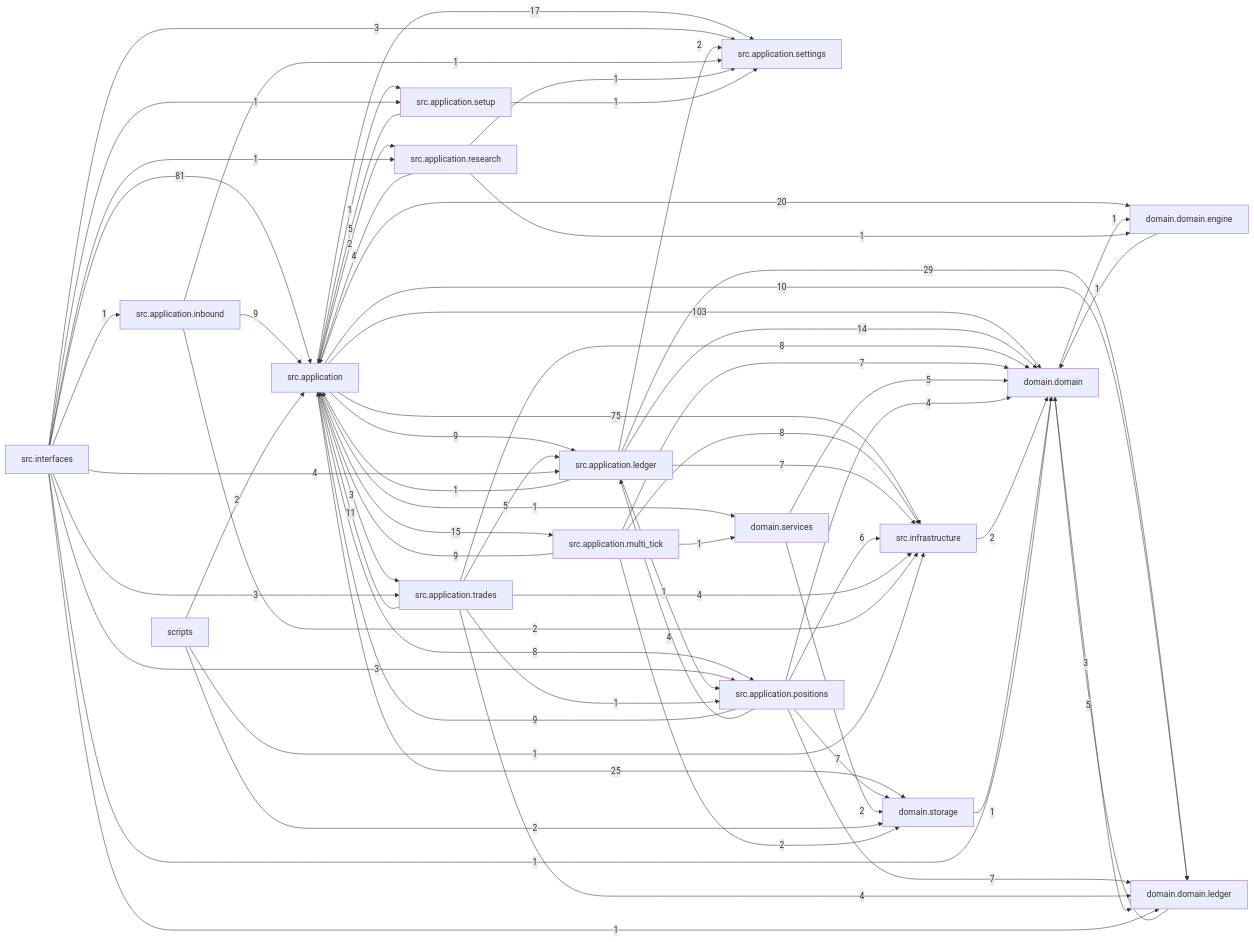
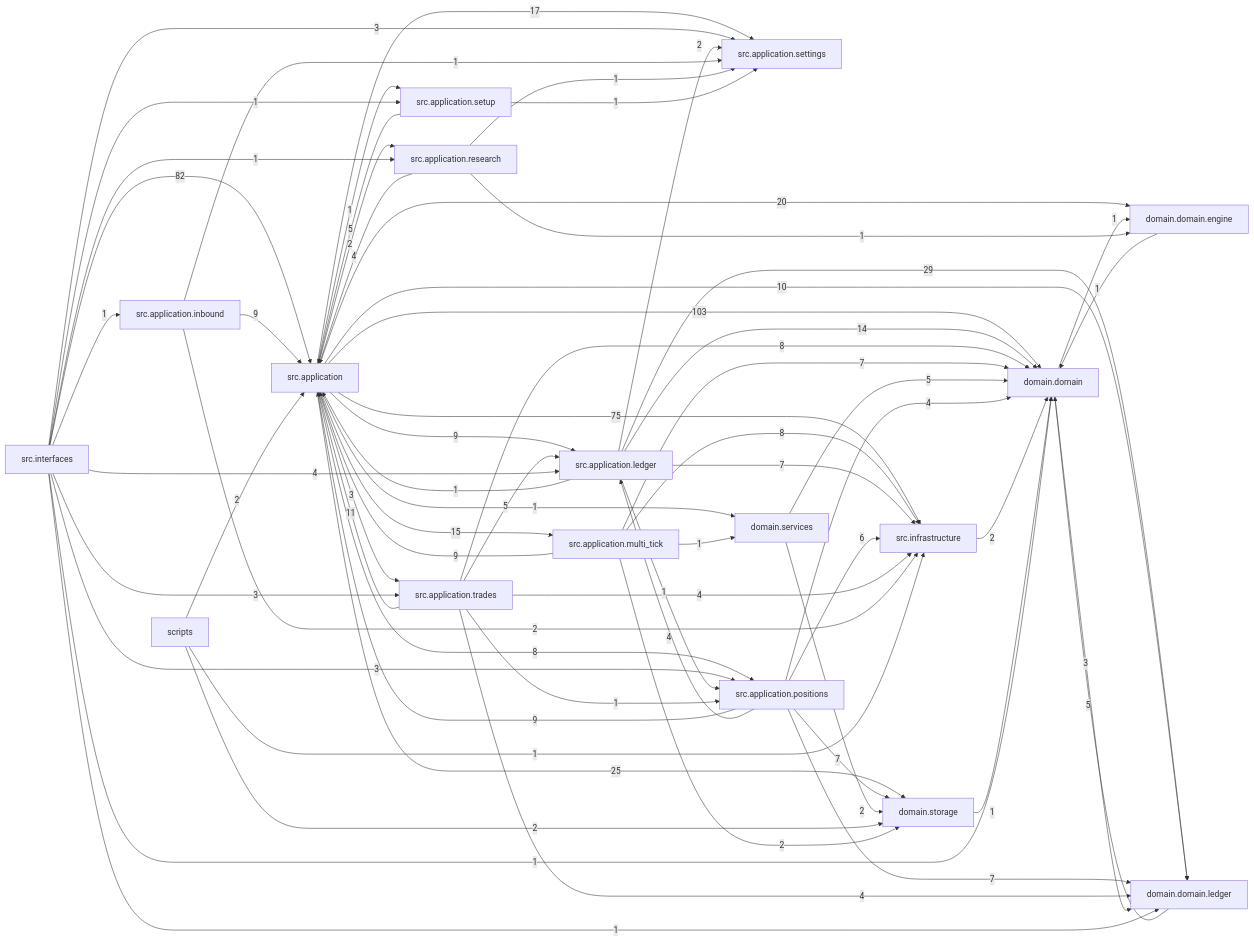
Before and after one commit to liuxie066/options-monitor: the diagram in docs/dependency_graph.mmd, drawn with Mermaid. The commit also changed 13 other files, not shown here.

```diff
--- a/docs/dependency_graph.mmd
+++ b/docs/dependency_graph.mmd
@@ -1,66 +1,66 @@
 flowchart LR
   src_application["src.application"] -->|103| domain_domain["domain.domain"]
-  src_interfaces["src.interfaces"] -->|81| src_application["src.application"]
+  src_interfaces["src.interfaces"] -->|82| src_application["src.application"]
   src_application["src.application"] -->|75| src_infrastructure["src.infrastructure"]
   src_application_ledger["src.application.ledger"] -->|29| domain_domain_ledger["domain.domain.ledger"]
   src_application["src.application"] -->|25| domain_storage["domain.storage"]
   src_application["src.application"] -->|20| domain_domain_engine["domain.domain.engine"]
   src_application["src.application"] -->|17| src_application_settings["src.application.settings"]
   src_application["src.application"] -->|15| src_application_multi_tick["src.application.multi_tick"]
   src_application_ledger["src.application.ledger"] -->|14| domain_domain["domain.domain"]
   src_application_trades["src.application.trades"] -->|11| src_application["src.application"]
   src_application["src.application"] -->|10| domain_domain_ledger["domain.domain.ledger"]
   src_application["src.application"] -->|9| src_application_ledger["src.application.ledger"]
   src_application_inbound["src.application.inbound"] -->|9| src_application["src.application"]
   src_application_multi_tick["src.application.multi_tick"] -->|9| src_application["src.application"]
   src_application_positions["src.application.positions"] -->|9| src_application["src.application"]
   src_application["src.application"] -->|8| src_application_positions["src.application.positions"]
   src_application_multi_tick["src.application.multi_tick"] -->|8| src_infrastructure["src.infrastructure"]
   src_application_trades["src.application.trades"] -->|8| domain_domain["domain.domain"]
   src_application_ledger["src.application.ledger"] -->|7| src_infrastructure["src.infrastructure"]
   src_application_multi_tick["src.application.multi_tick"] -->|7| domain_domain["domain.domain"]
   src_application_positions["src.application.positions"] -->|7| domain_domain_ledger["domain.domain.ledger"]
   src_application_positions["src.application.positions"] -->|7| domain_storage["domain.storage"]
   src_application_positions["src.application.positions"] -->|6| src_infrastructure["src.infrastructure"]
   domain_domain_ledger["domain.domain.ledger"] -->|5| domain_domain["domain.domain"]
   domain_services["domain.services"] -->|5| domain_domain["domain.domain"]
   src_application_setup["src.application.setup"] -->|5| src_application["src.application"]
   src_application_trades["src.application.trades"] -->|5| src_application_ledger["src.application.ledger"]
   src_application_positions["src.application.positions"] -->|4| domain_domain["domain.domain"]
   src_application_positions["src.application.positions"] -->|4| src_application_ledger["src.application.ledger"]
   src_application_research["src.application.research"] -->|4| src_application["src.application"]
   src_application_trades["src.application.trades"] -->|4| domain_domain_ledger["domain.domain.ledger"]
   src_application_trades["src.application.trades"] -->|4| src_infrastructure["src.infrastructure"]
   src_interfaces["src.interfaces"] -->|4| src_application_ledger["src.application.ledger"]
   domain_domain["domain.domain"] -->|3| domain_domain_ledger["domain.domain.ledger"]
   src_application["src.application"] -->|3| src_application_trades["src.application.trades"]
   src_interfaces["src.interfaces"] -->|3| src_application_positions["src.application.positions"]
   src_interfaces["src.interfaces"] -->|3| src_application_settings["src.application.settings"]
   src_interfaces["src.interfaces"] -->|3| src_application_trades["src.application.trades"]
   domain_services["domain.services"] -->|2| domain_storage["domain.storage"]
   scripts["scripts"] -->|2| domain_storage["domain.storage"]
   scripts["scripts"] -->|2| src_application["src.application"]
   src_application["src.application"] -->|2| src_application_research["src.application.research"]
   src_application_inbound["src.application.inbound"] -->|2| src_infrastructure["src.infrastructure"]
   src_application_ledger["src.application.ledger"] -->|2| src_application_settings["src.application.settings"]
   src_application_multi_tick["src.application.multi_tick"] -->|2| domain_storage["domain.storage"]
   src_infrastructure["src.infrastructure"] -->|2| domain_domain["domain.domain"]
   domain_domain["domain.domain"] -->|1| domain_domain_engine["domain.domain.engine"]
   domain_domain_engine["domain.domain.engine"] -->|1| domain_domain["domain.domain"]
   domain_storage["domain.storage"] -->|1| domain_domain["domain.domain"]
   scripts["scripts"] -->|1| src_infrastructure["src.infrastructure"]
   src_application["src.application"] -->|1| domain_services["domain.services"]
   src_application["src.application"] -->|1| src_application_setup["src.application.setup"]
   src_application_inbound["src.application.inbound"] -->|1| src_application_settings["src.application.settings"]
   src_application_ledger["src.application.ledger"] -->|1| src_application["src.application"]
   src_application_ledger["src.application.ledger"] -->|1| src_application_positions["src.application.positions"]
   src_application_multi_tick["src.application.multi_tick"] -->|1| domain_services["domain.services"]
   src_application_research["src.application.research"] -->|1| domain_domain_engine["domain.domain.engine"]
   src_application_research["src.application.research"] -->|1| src_application_settings["src.application.settings"]
   src_application_setup["src.application.setup"] -->|1| src_application_settings["src.application.settings"]
   src_application_trades["src.application.trades"] -->|1| src_application_positions["src.application.positions"]
   src_interfaces["src.interfaces"] -->|1| domain_domain["domain.domain"]
   src_interfaces["src.interfaces"] -->|1| domain_domain_ledger["domain.domain.ledger"]
   src_interfaces["src.interfaces"] -->|1| src_application_inbound["src.application.inbound"]
   src_interfaces["src.interfaces"] -->|1| src_application_research["src.application.research"]
   src_interfaces["src.interfaces"] -->|1| src_application_setup["src.application.setup"]
```
